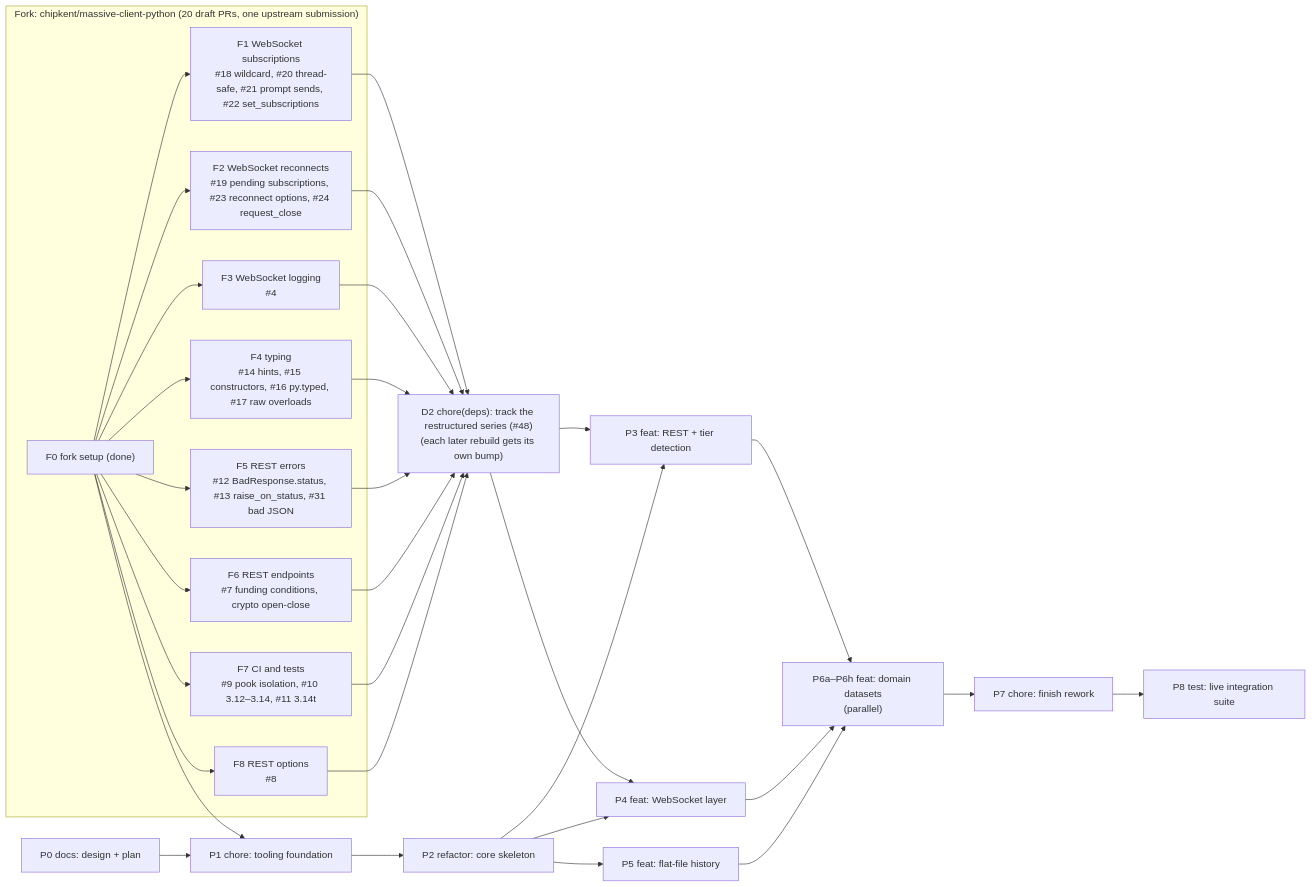
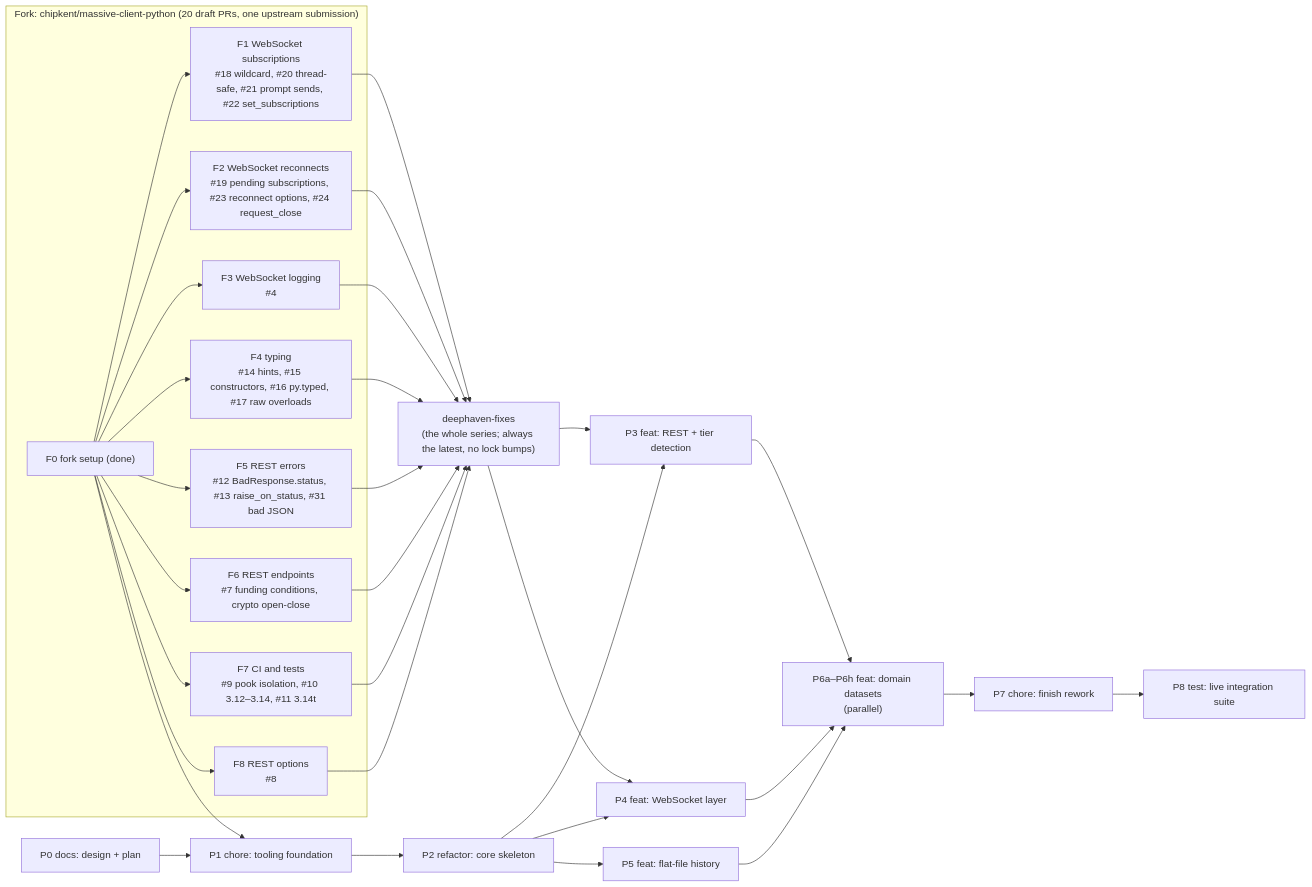
One commit to chipkent/deephaven-massive changed the diagram in plans/rework/PLAN.md. Above: the diagram before and after it, drawn with Mermaid. The commit also changed other lines of this file and 2 other files, not shown here.

First line of the commit message:
docs: document that the fork is always the latest deephaven-fixes

````diff
--- a/plans/rework/PLAN.md
+++ b/plans/rework/PLAN.md
@@ -59,29 +59,29 @@
 ```mermaid
 flowchart LR
     subgraph fork["Fork: chipkent/massive-client-python (20 draft PRs, one upstream submission)"]
         F0["F0 fork setup (done)"]
         F1["F1 WebSocket subscriptions<br/>#18 wildcard, #20 thread-safe, #21 prompt sends, #22 set_subscriptions"]
         F2["F2 WebSocket reconnects<br/>#19 pending subscriptions, #23 reconnect options, #24 request_close"]
         F3["F3 WebSocket logging<br/>#4"]
         F4["F4 typing<br/>#14 hints, #15 constructors, #16 py.typed, #17 raw overloads"]
         F5["F5 REST errors<br/>#12 BadResponse.status, #13 raise_on_status, #31 bad JSON"]
         F6["F6 REST endpoints<br/>#7 funding conditions, crypto open-close"]
         F7["F7 CI and tests<br/>#9 pook isolation, #10 3.12–3.14, #11 3.14t"]
         F8["F8 REST options<br/>#8"]
         F0 --> F1 & F2 & F3 & F4 & F5 & F6 & F7 & F8
     end
 
-    D2["D2 chore(deps): track the restructured series (#48)<br/>(each later rebuild gets its own bump)"]
-    F1 & F2 & F3 & F4 & F5 & F6 & F7 & F8 --> D2
+    DF["deephaven-fixes<br/>(the whole series; always the latest, no lock bumps)"]
+    F1 & F2 & F3 & F4 & F5 & F6 & F7 & F8 --> DF
 
     P0["P0 docs: design + plan"] --> P1["P1 chore: tooling foundation"]
     F0 --> P1
     P1 --> P2["P2 refactor: core skeleton"]
     P2 --> P3["P3 feat: REST + tier detection"]
     P2 --> P4["P4 feat: WebSocket layer"]
     P2 --> P5["P5 feat: flat-file history"]
-    D2 --> P3 & P4
+    DF --> P3 & P4
     P3 & P4 & P5 --> P6["P6a–P6h feat: domain datasets<br/>(parallel)"]
     P6 --> P7["P7 chore: finish rework"]
     P7 --> P8["P8 test: live integration suite"]
 ```
````
